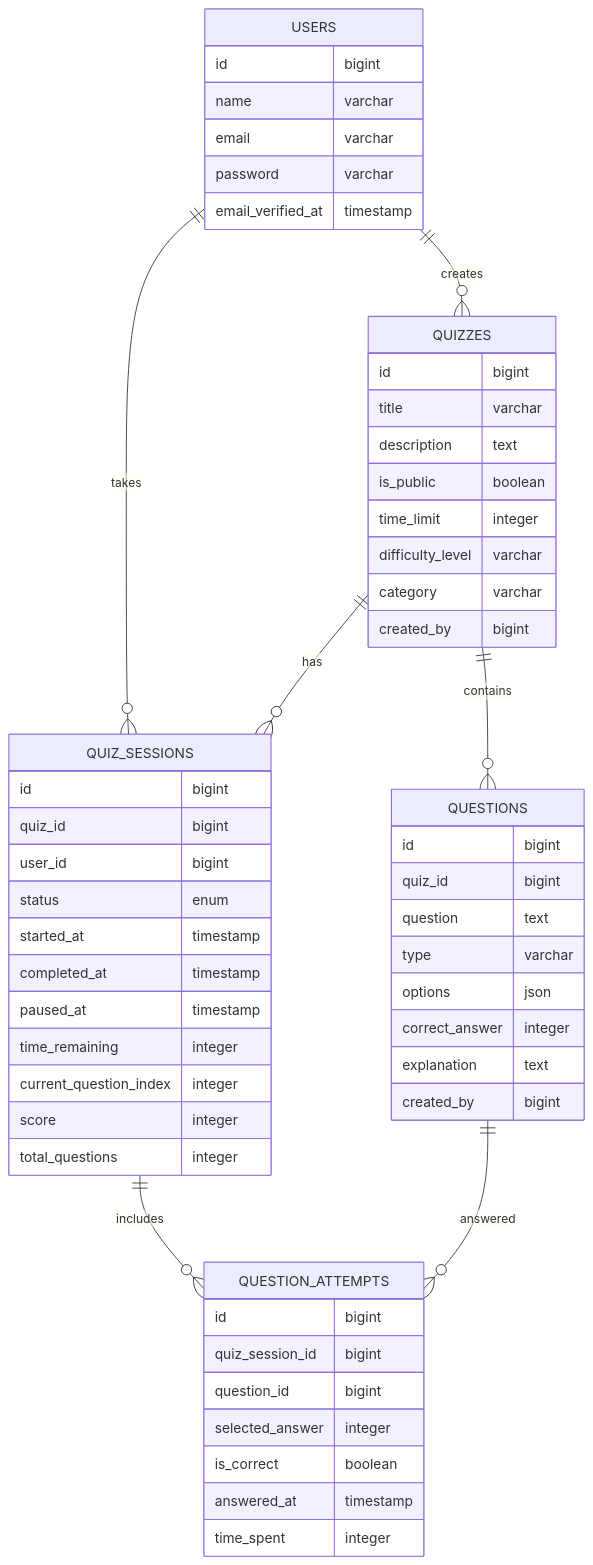
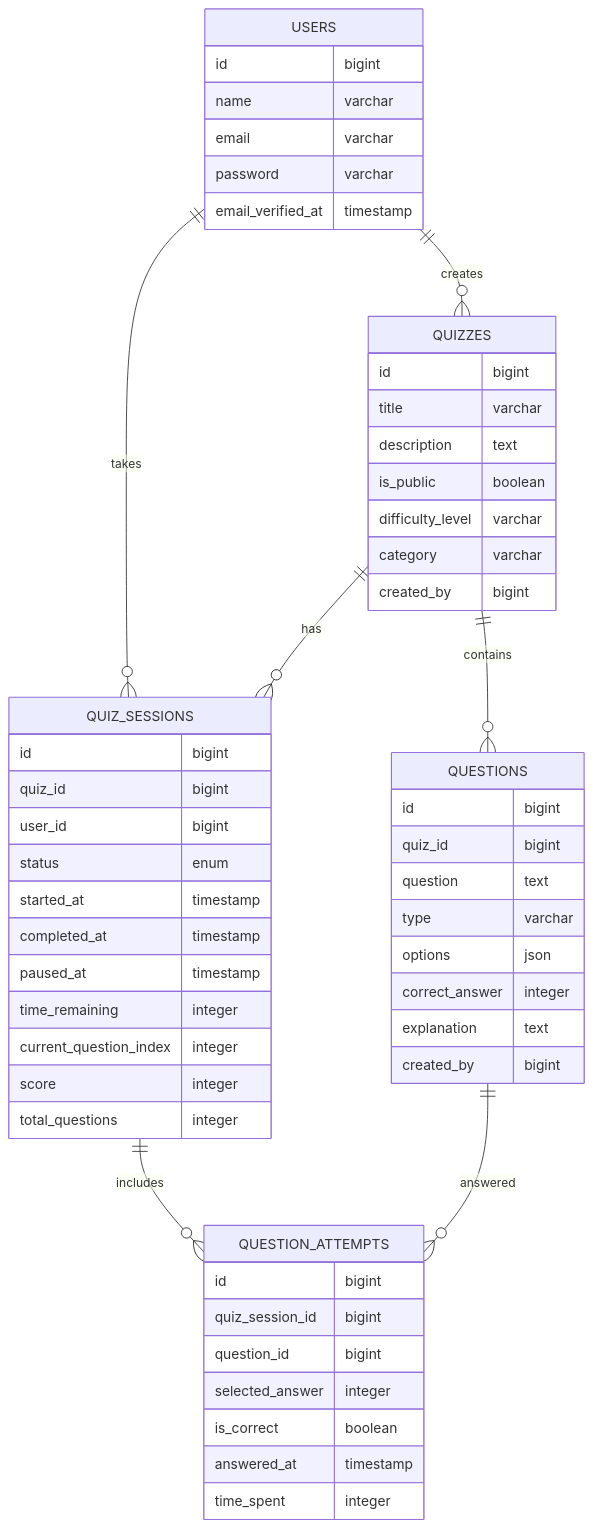
One commit to nielpattin/next-quiz-learn changed the diagram in README.md. Above: the diagram before and after it, drawn with Mermaid. The commit also changed other lines of this file and 16 other files, not shown here.

````diff
--- a/README.md
+++ b/README.md
@@ -97,63 +97,62 @@
 ```mermaid
 erDiagram
     USERS ||--o{ QUIZZES : creates
     USERS ||--o{ QUIZ_SESSIONS : takes
     QUIZZES ||--o{ QUIZ_SESSIONS : has
     QUIZZES ||--o{ QUESTIONS : contains
     QUIZ_SESSIONS ||--o{ QUESTION_ATTEMPTS : includes
     QUESTIONS ||--o{ QUESTION_ATTEMPTS : answered
 
     USERS {
         id bigint
         name varchar
         email varchar
         password varchar
         email_verified_at timestamp
     }
 
     QUIZZES {
         id bigint
         title varchar
         description text
         is_public boolean
-        time_limit integer
         difficulty_level varchar
         category varchar
         created_by bigint
     }
 
     QUESTIONS {
         id bigint
         quiz_id bigint
         question text
         type varchar
         options json
         correct_answer integer
         explanation text
         created_by bigint
     }
 
     QUIZ_SESSIONS {
         id bigint
         quiz_id bigint
         user_id bigint
         status enum
         started_at timestamp
         completed_at timestamp
         paused_at timestamp
         time_remaining integer
         current_question_index integer
         score integer
         total_questions integer
     }
 
     QUESTION_ATTEMPTS {
         id bigint
         quiz_session_id bigint
         question_id bigint
         selected_answer integer
         is_correct boolean
         answered_at timestamp
         time_spent integer
     }
 ```
````
